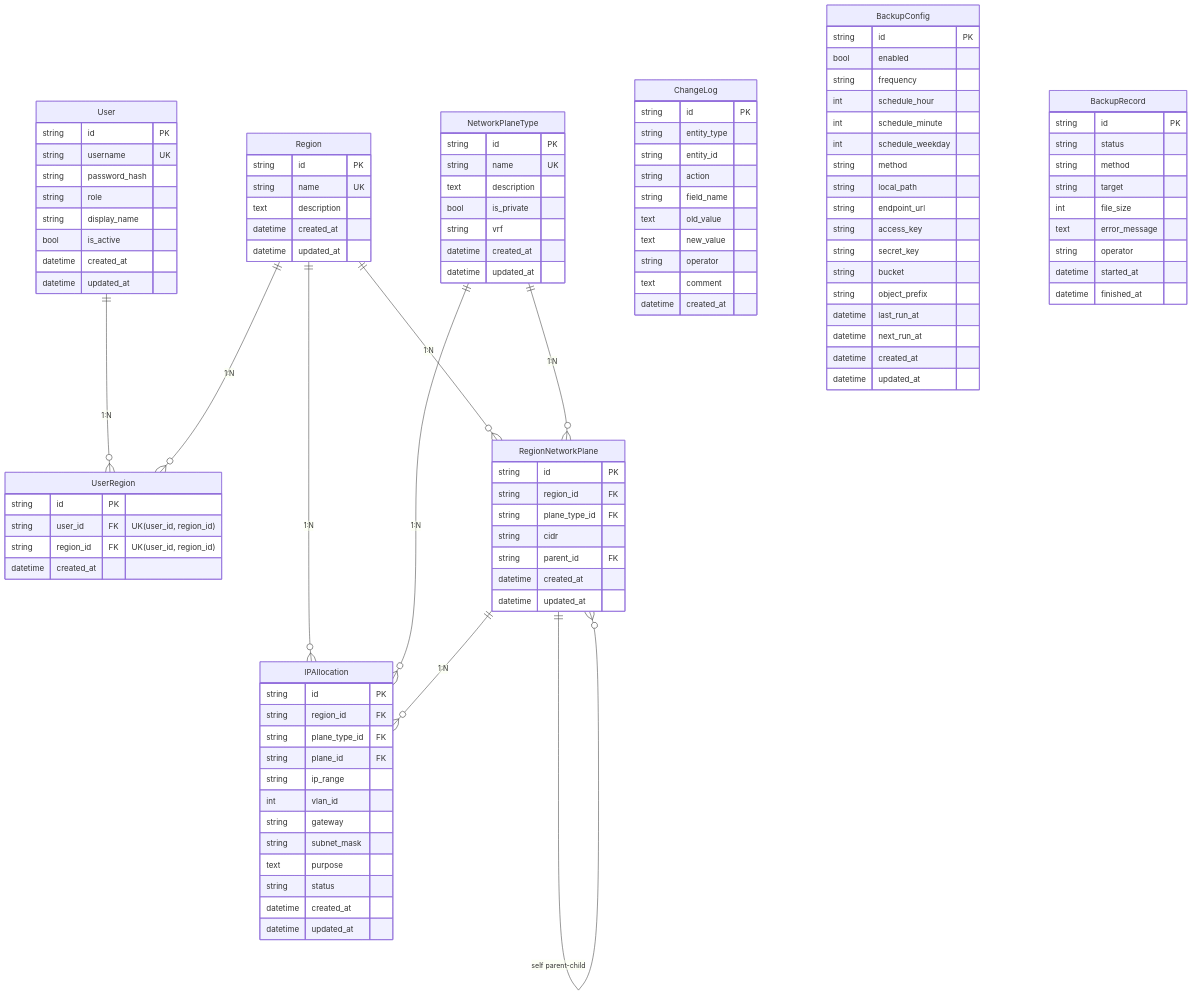
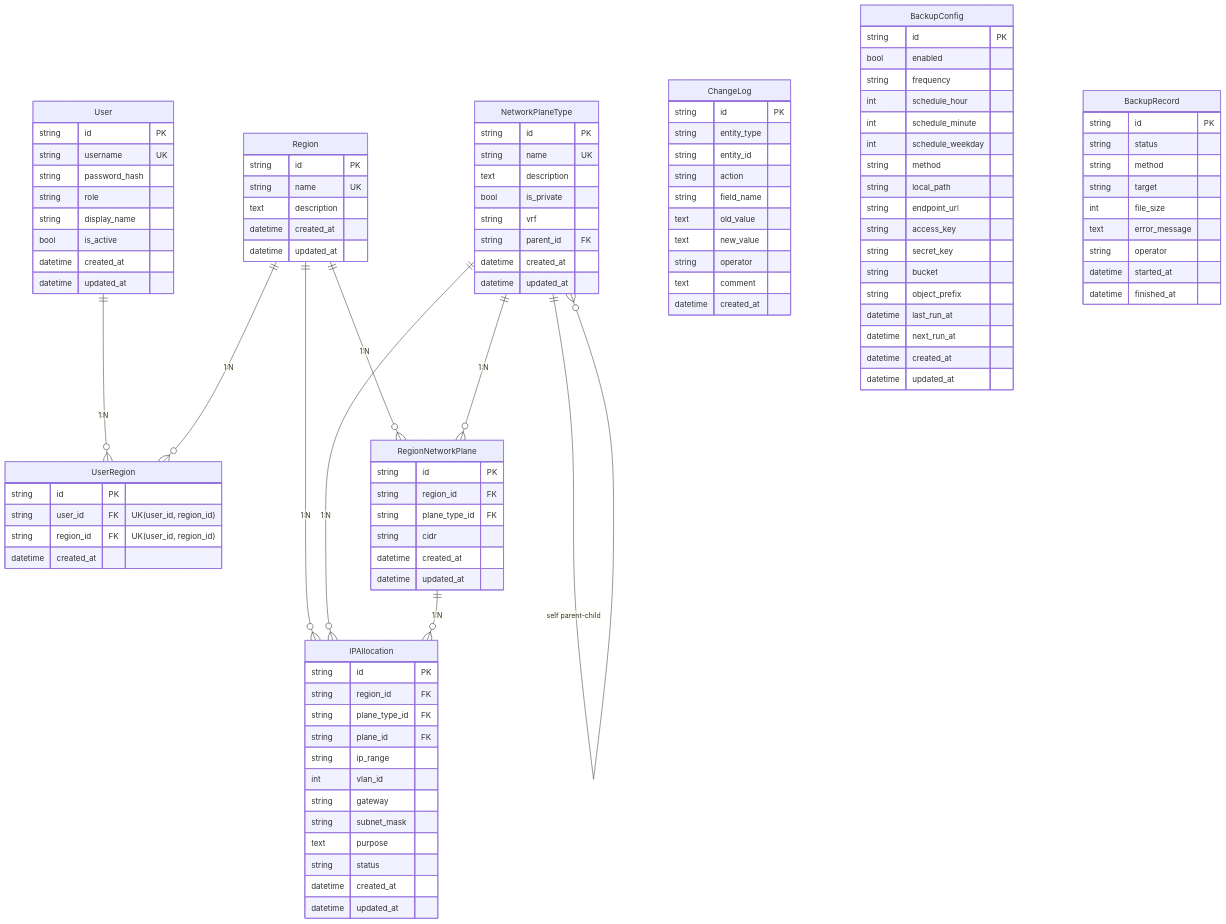
Before and after one commit to zhou-xingxing/hcs-lld-management: the second of 4 diagrams in SYSTEM_DESIGN.md, drawn with Mermaid. The commit also changed other lines of this file and 15 other files, not shown here.

Commit message:
Move network plane hierarchy to plane types

```diff
--- a/SYSTEM_DESIGN.md
+++ b/SYSTEM_DESIGN.md
@@ -100,8 +100,8 @@
     User ||--o{ UserRegion : "1:N"
     Region ||--o{ UserRegion : "1:N"
     Region ||--o{ RegionNetworkPlane : "1:N"
+    NetworkPlaneType ||--o{ NetworkPlaneType : "self parent-child"
     NetworkPlaneType ||--o{ RegionNetworkPlane : "1:N"
-    RegionNetworkPlane ||--o{ RegionNetworkPlane : "self parent-child"
     Region ||--o{ IPAllocation : "1:N"
     NetworkPlaneType ||--o{ IPAllocation : "1:N"
     RegionNetworkPlane ||--o{ IPAllocation : "1:N"
@@ -138,6 +138,7 @@
         text   description
         bool   is_private
         string vrf
+        string parent_id FK
         datetime created_at
         datetime updated_at
     }
@@ -147,7 +148,6 @@
         string region_id FK
         string plane_type_id FK
         string cidr
-        string parent_id FK
         datetime created_at
         datetime updated_at
     }
```
